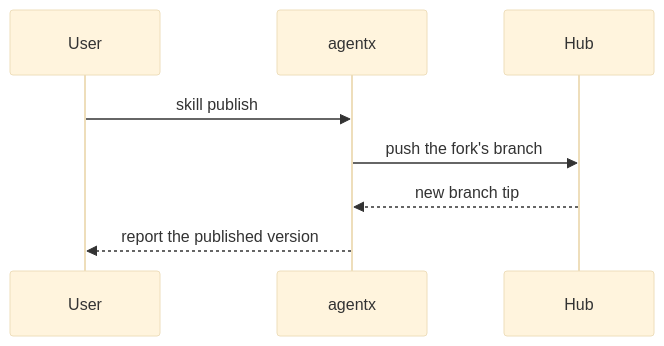
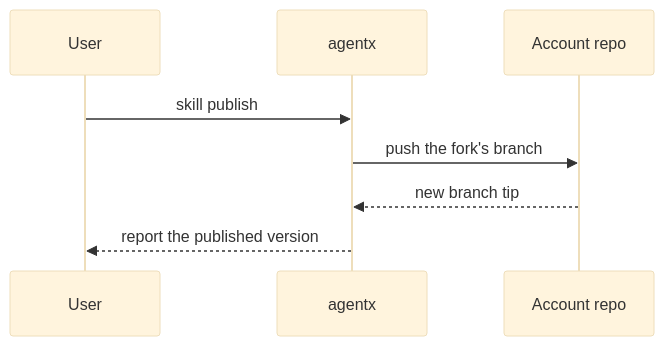
The diagram in .agents/skills/pr/SKILL.md (grundmanise/agentx), drawn with Mermaid (base theme) before and after one commit. The commit also changed 197 other files, not shown here.

First line of the commit message:
change!: rename the hub back to the account repo

````diff
--- a/.agents/skills/pr/SKILL.md
+++ b/.agents/skills/pr/SKILL.md
@@ -54,10 +54,10 @@
 ```mermaid
 sequenceDiagram
     participant User
     participant CLI as agentx
-    participant Remote as Hub
+    participant Remote as Account repo
     User->>CLI: skill publish
     CLI->>Remote: push the fork's branch
     Remote-->>CLI: new branch tip
     CLI-->>User: report the published version
 ```
````
